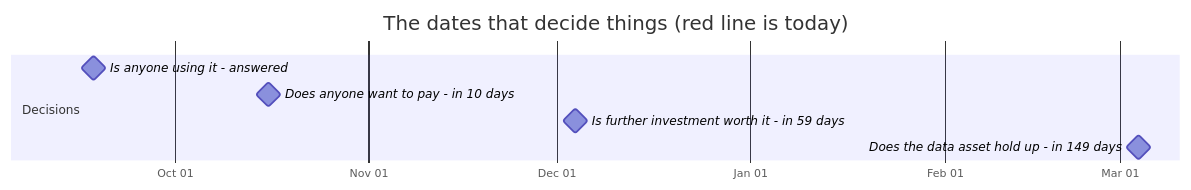
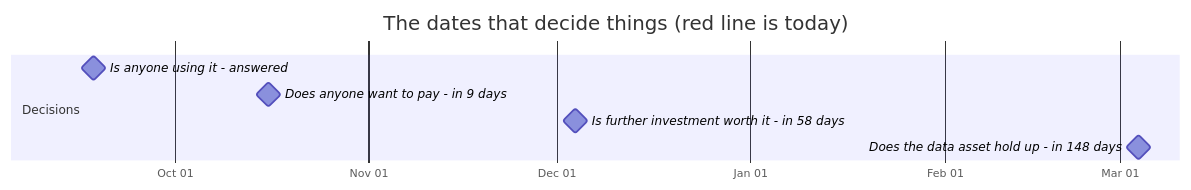
The first of 2 diagrams in docs/OWNER.md (jakegu1/vetagent), drawn with Mermaid before and after one commit. The commit also changed other lines of this file and 1 other file, not shown here.

````diff
--- a/docs/OWNER.md
+++ b/docs/OWNER.md
@@ -76,12 +76,12 @@
 ```mermaid
 gantt
     dateFormat YYYY-MM-DD
     axisFormat %b %d
     todayMarker stroke-width:3px,stroke:#d33,stroke-dasharray:0
     title The dates that decide things (red line is today)
     section Decisions
     Is anyone using it - answered :milestone, 2026-09-18, 0d
-    Does anyone want to pay - in 10 days :milestone, 2026-10-16, 0d
-    Is further investment worth it - in 59 days :milestone, 2026-12-04, 0d
-    Does the data asset hold up - in 149 days :milestone, 2027-03-04, 0d
+    Does anyone want to pay - in 9 days :milestone, 2026-10-16, 0d
+    Is further investment worth it - in 58 days :milestone, 2026-12-04, 0d
+    Does the data asset hold up - in 148 days :milestone, 2027-03-04, 0d
 ```
````
